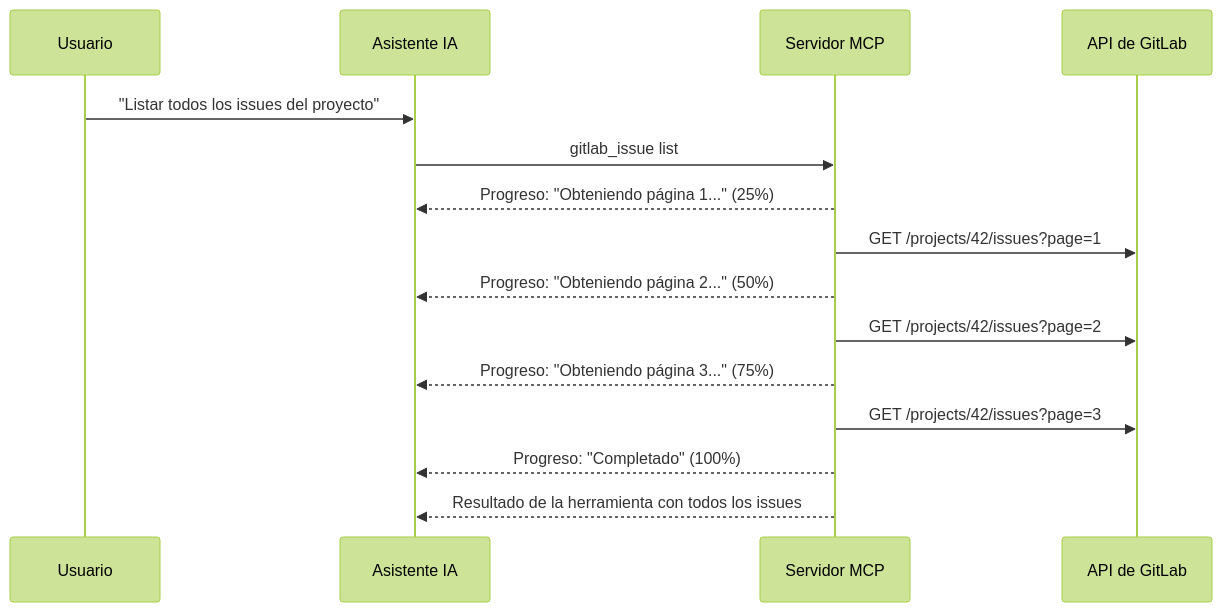
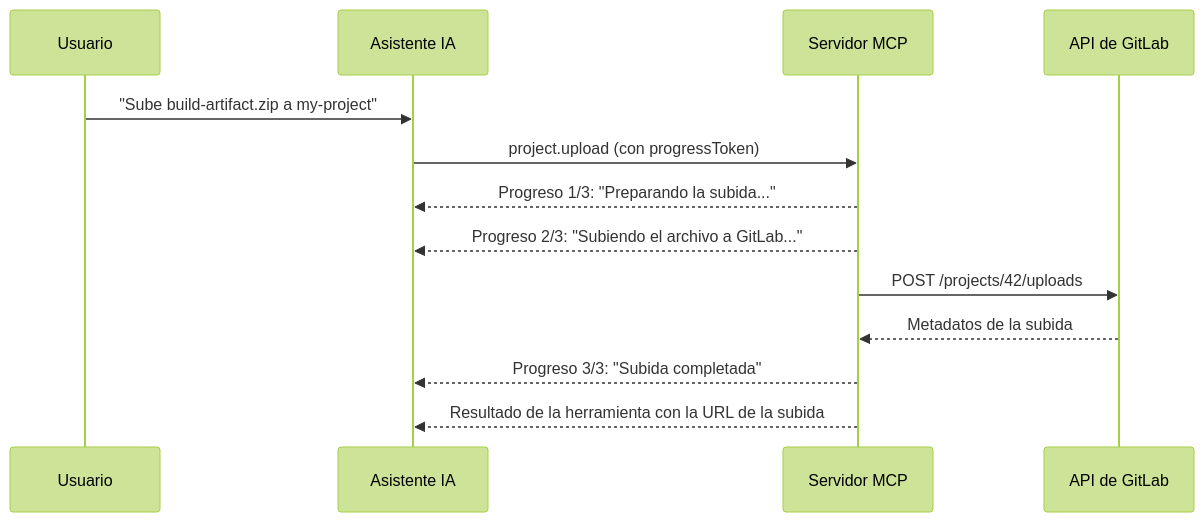
The diagram in site/src/content/docs/es/capabilities/progress.mdx (jmrplens/gitlab-mcp-server), drawn with Mermaid (forest theme) before and after one commit. The commit also changed other lines of this file and 90 other files, not shown here.

````diff
--- a/site/src/content/docs/es/capabilities/progress.mdx
+++ b/site/src/content/docs/es/capabilities/progress.mdx
@@ -26,18 +26,16 @@
 ```mermaid
 sequenceDiagram
     participant U as Usuario
     participant AI as Asistente IA
     participant S as Servidor MCP
     participant GL as API de GitLab
 
-    U->>AI: "Listar todos los issues del proyecto"
-    AI->>S: gitlab_issue list
-    S-->>AI: Progreso: "Obteniendo página 1..." (25%)
-    S->>GL: GET /projects/42/issues?page=1
-    S-->>AI: Progreso: "Obteniendo página 2..." (50%)
-    S->>GL: GET /projects/42/issues?page=2
-    S-->>AI: Progreso: "Obteniendo página 3..." (75%)
-    S->>GL: GET /projects/42/issues?page=3
-    S-->>AI: Progreso: "Completado" (100%)
-    S-->>AI: Resultado de la herramienta con todos los issues
+    U->>AI: "Sube build-artifact.zip a my-project"
+    AI->>S: project.upload (con progressToken)
+    S-->>AI: Progreso 1/3: "Preparando la subida..."
+    S-->>AI: Progreso 2/3: "Subiendo el archivo a GitLab..."
+    S->>GL: POST /projects/42/uploads
+    GL-->>S: Metadatos de la subida
+    S-->>AI: Progreso 3/3: "Subida completada"
+    S-->>AI: Resultado de la herramienta con la URL de la subida
 ```
````
